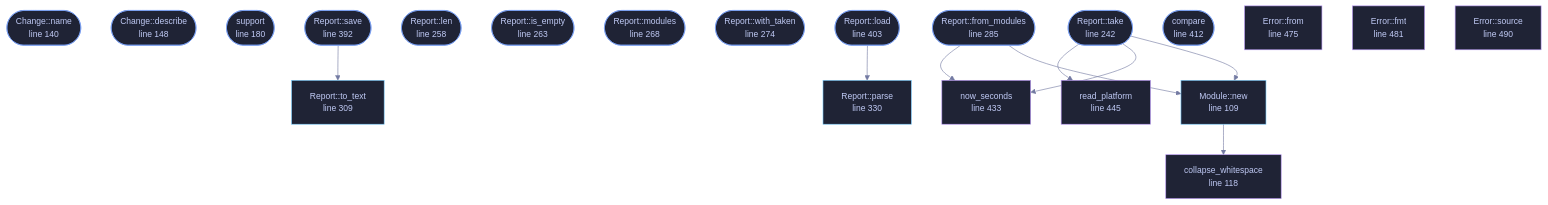
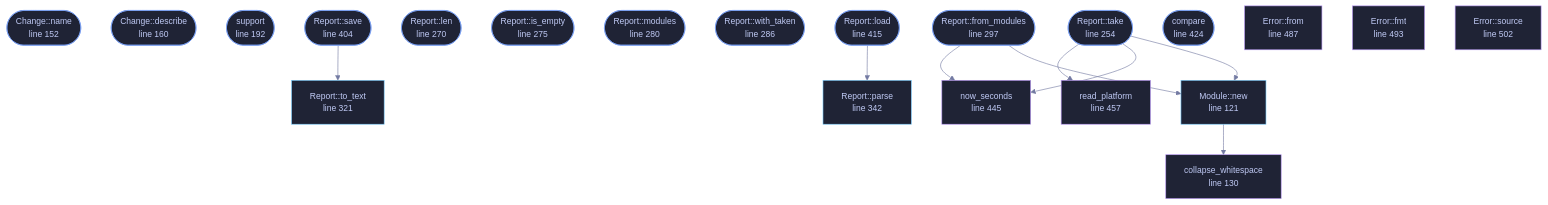
One commit to tilas01/veilvoice changed the diagram in docs/files/veilvoice-drivers/lib.md. Above: the diagram before and after it, drawn with Mermaid. The commit also changed other lines of this file and 182 other files, not shown here.

````diff
--- a/docs/files/veilvoice-drivers/lib.md
+++ b/docs/files/veilvoice-drivers/lib.md
@@ -125,60 +138,60 @@
 ```mermaid
 %%{init: {"theme":"base","themeVariables":{"background":"#1a1b26","primaryColor":"#1f2335","primaryTextColor":"#c0caf5","primaryBorderColor":"#7aa2f7","secondaryColor":"#16161e","tertiaryColor":"#16161e","lineColor":"#737aa2","textColor":"#c0caf5","mainBkg":"#1f2335","nodeBorder":"#7aa2f7","clusterBkg":"#16161e","clusterBorder":"#2f3549","fontFamily":"ui-monospace, SFMono-Regular, Consolas, monospace","fontSize":"14px"}}}%%
 flowchart TD
-    n_new["Module::new<br/>line 109"]
-    n_collapse_whitespace["collapse_whitespace<br/>line 118"]
-    n_name(["Change::name<br/>line 140"])
-    n_describe(["Change::describe<br/>line 148"])
-    n_support(["support<br/>line 180"])
-    n_take(["Report::take<br/>line 242"])
-    n_len(["Report::len<br/>line 258"])
-    n_is_empty(["Report::is_empty<br/>line 263"])
-    n_modules(["Report::modules<br/>line 268"])
-    n_with_taken(["Report::with_taken<br/>line 274"])
-    n_from_modules(["Report::from_modules<br/>line 285"])
-    n_to_text["Report::to_text<br/>line 309"]
-    n_parse["Report::parse<br/>line 330"]
-    n_save(["Report::save<br/>line 392"])
-    n_load(["Report::load<br/>line 403"])
-    n_compare(["compare<br/>line 412"])
-    n_now_seconds["now_seconds<br/>line 433"]
-    n_read_platform["read_platform<br/>line 445"]
-    n_from["Error::from<br/>line 475"]
-    n_fmt["Error::fmt<br/>line 481"]
-    n_source["Error::source<br/>line 490"]
+    n_new["Module::new<br/>line 121"]
+    n_collapse_whitespace["collapse_whitespace<br/>line 130"]
+    n_name(["Change::name<br/>line 152"])
+    n_describe(["Change::describe<br/>line 160"])
+    n_support(["support<br/>line 192"])
+    n_take(["Report::take<br/>line 254"])
+    n_len(["Report::len<br/>line 270"])
+    n_is_empty(["Report::is_empty<br/>line 275"])
+    n_modules(["Report::modules<br/>line 280"])
+    n_with_taken(["Report::with_taken<br/>line 286"])
+    n_from_modules(["Report::from_modules<br/>line 297"])
+    n_to_text["Report::to_text<br/>line 321"]
+    n_parse["Report::parse<br/>line 342"]
+    n_save(["Report::save<br/>line 404"])
+    n_load(["Report::load<br/>line 415"])
+    n_compare(["compare<br/>line 424"])
+    n_now_seconds["now_seconds<br/>line 445"]
+    n_read_platform["read_platform<br/>line 457"]
+    n_from["Error::from<br/>line 487"]
+    n_fmt["Error::fmt<br/>line 493"]
+    n_source["Error::source<br/>line 502"]
     n_from_modules --> n_new
     n_from_modules --> n_now_seconds
     n_load --> n_parse
     n_new --> n_collapse_whitespace
     n_save --> n_to_text
     n_take --> n_new
     n_take --> n_now_seconds
     n_take --> n_read_platform
-    click n_new href "https://github.com/tilas01/veilvoice/blob/main/crates/veilvoice-drivers/src/lib.rs#L109" "open the source"
-    click n_collapse_whitespace href "https://github.com/tilas01/veilvoice/blob/main/crates/veilvoice-drivers/src/lib.rs#L118" "open the source"
-    click n_name href "https://github.com/tilas01/veilvoice/blob/main/crates/veilvoice-drivers/src/lib.rs#L140" "open the source"
-    click n_describe href "https://github.com/tilas01/veilvoice/blob/main/crates/veilvoice-drivers/src/lib.rs#L148" "open the source"
-    click n_support href "https://github.com/tilas01/veilvoice/blob/main/crates/veilvoice-drivers/src/lib.rs#L180" "open the source"
-    click n_take href "https://github.com/tilas01/veilvoice/blob/main/crates/veilvoice-drivers/src/lib.rs#L242" "open the source"
-    click n_len href "https://github.com/tilas01/veilvoice/blob/main/crates/veilvoice-drivers/src/lib.rs#L258" "open the source"
-    click n_is_empty href "https://github.com/tilas01/veilvoice/blob/main/crates/veilvoice-drivers/src/lib.rs#L263" "open the source"
-    click n_modules href "https://github.com/tilas01/veilvoice/blob/main/crates/veilvoice-drivers/src/lib.rs#L268" "open the source"
-    click n_with_taken href "https://github.com/tilas01/veilvoice/blob/main/crates/veilvoice-drivers/src/lib.rs#L274" "open the source"
-    click n_from_modules href "https://github.com/tilas01/veilvoice/blob/main/crates/veilvoice-drivers/src/lib.rs#L285" "open the source"
-    click n_to_text href "https://github.com/tilas01/veilvoice/blob/main/crates/veilvoice-drivers/src/lib.rs#L309" "open the source"
-    click n_parse href "https://github.com/tilas01/veilvoice/blob/main/crates/veilvoice-drivers/src/lib.rs#L330" "open the source"
-    click n_save href "https://github.com/tilas01/veilvoice/blob/main/crates/veilvoice-drivers/src/lib.rs#L392" "open the source"
-    click n_load href "https://github.com/tilas01/veilvoice/blob/main/crates/veilvoice-drivers/src/lib.rs#L403" "open the source"
-    click n_compare href "https://github.com/tilas01/veilvoice/blob/main/crates/veilvoice-drivers/src/lib.rs#L412" "open the source"
-    click n_now_seconds href "https://github.com/tilas01/veilvoice/blob/main/crates/veilvoice-drivers/src/lib.rs#L433" "open the source"
-    click n_read_platform href "https://github.com/tilas01/veilvoice/blob/main/crates/veilvoice-drivers/src/lib.rs#L445" "open the source"
-    click n_from href "https://github.com/tilas01/veilvoice/blob/main/crates/veilvoice-drivers/src/lib.rs#L475" "open the source"
-    click n_fmt href "https://github.com/tilas01/veilvoice/blob/main/crates/veilvoice-drivers/src/lib.rs#L481" "open the source"
-    click n_source href "https://github.com/tilas01/veilvoice/blob/main/crates/veilvoice-drivers/src/lib.rs#L490" "open the source"
+    click n_new href "https://github.com/tilas01/veilvoice/blob/main/crates/veilvoice-drivers/src/lib.rs#L121" "open the source"
+    click n_collapse_whitespace href "https://github.com/tilas01/veilvoice/blob/main/crates/veilvoice-drivers/src/lib.rs#L130" "open the source"
+    click n_name href "https://github.com/tilas01/veilvoice/blob/main/crates/veilvoice-drivers/src/lib.rs#L152" "open the source"
+    click n_describe href "https://github.com/tilas01/veilvoice/blob/main/crates/veilvoice-drivers/src/lib.rs#L160" "open the source"
+    click n_support href "https://github.com/tilas01/veilvoice/blob/main/crates/veilvoice-drivers/src/lib.rs#L192" "open the source"
+    click n_take href "https://github.com/tilas01/veilvoice/blob/main/crates/veilvoice-drivers/src/lib.rs#L254" "open the source"
+    click n_len href "https://github.com/tilas01/veilvoice/blob/main/crates/veilvoice-drivers/src/lib.rs#L270" "open the source"
+    click n_is_empty href "https://github.com/tilas01/veilvoice/blob/main/crates/veilvoice-drivers/src/lib.rs#L275" "open the source"
+    click n_modules href "https://github.com/tilas01/veilvoice/blob/main/crates/veilvoice-drivers/src/lib.rs#L280" "open the source"
+    click n_with_taken href "https://github.com/tilas01/veilvoice/blob/main/crates/veilvoice-drivers/src/lib.rs#L286" "open the source"
+    click n_from_modules href "https://github.com/tilas01/veilvoice/blob/main/crates/veilvoice-drivers/src/lib.rs#L297" "open the source"
+    click n_to_text href "https://github.com/tilas01/veilvoice/blob/main/crates/veilvoice-drivers/src/lib.rs#L321" "open the source"
+    click n_parse href "https://github.com/tilas01/veilvoice/blob/main/crates/veilvoice-drivers/src/lib.rs#L342" "open the source"
+    click n_save href "https://github.com/tilas01/veilvoice/blob/main/crates/veilvoice-drivers/src/lib.rs#L404" "open the source"
+    click n_load href "https://github.com/tilas01/veilvoice/blob/main/crates/veilvoice-drivers/src/lib.rs#L415" "open the source"
+    click n_compare href "https://github.com/tilas01/veilvoice/blob/main/crates/veilvoice-drivers/src/lib.rs#L424" "open the source"
+    click n_now_seconds href "https://github.com/tilas01/veilvoice/blob/main/crates/veilvoice-drivers/src/lib.rs#L445" "open the source"
+    click n_read_platform href "https://github.com/tilas01/veilvoice/blob/main/crates/veilvoice-drivers/src/lib.rs#L457" "open the source"
+    click n_from href "https://github.com/tilas01/veilvoice/blob/main/crates/veilvoice-drivers/src/lib.rs#L487" "open the source"
+    click n_fmt href "https://github.com/tilas01/veilvoice/blob/main/crates/veilvoice-drivers/src/lib.rs#L493" "open the source"
+    click n_source href "https://github.com/tilas01/veilvoice/blob/main/crates/veilvoice-drivers/src/lib.rs#L502" "open the source"
     classDef entry fill:#1f2335,stroke:#7aa2f7,color:#c0caf5
     class n_name,n_describe,n_support,n_take,n_len,n_is_empty,n_modules,n_with_taken,n_from_modules,n_save,n_load,n_compare entry
     classDef api fill:#1f2335,stroke:#7dcfff,color:#c0caf5
     class n_new,n_to_text,n_parse api
     classDef helper fill:#1f2335,stroke:#bb9af7,color:#c0caf5
     class n_collapse_whitespace,n_now_seconds,n_read_platform,n_from,n_fmt,n_source helper
 ```
````
